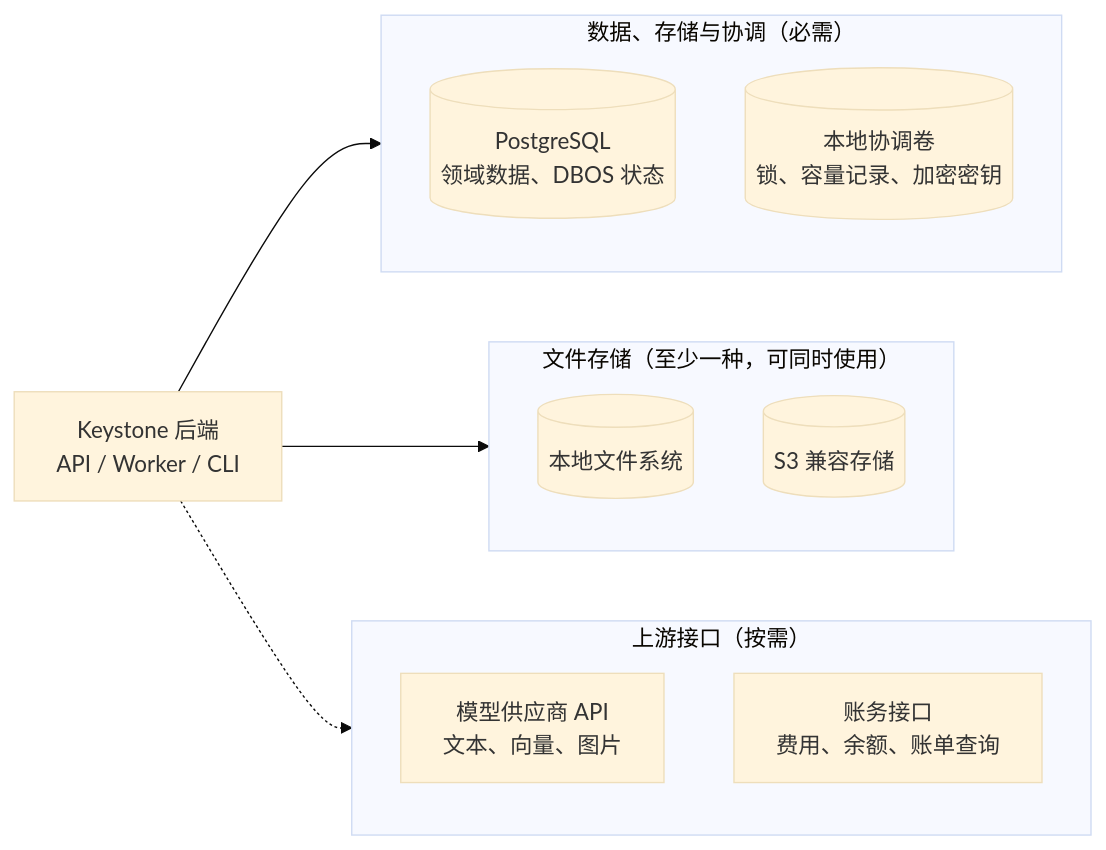
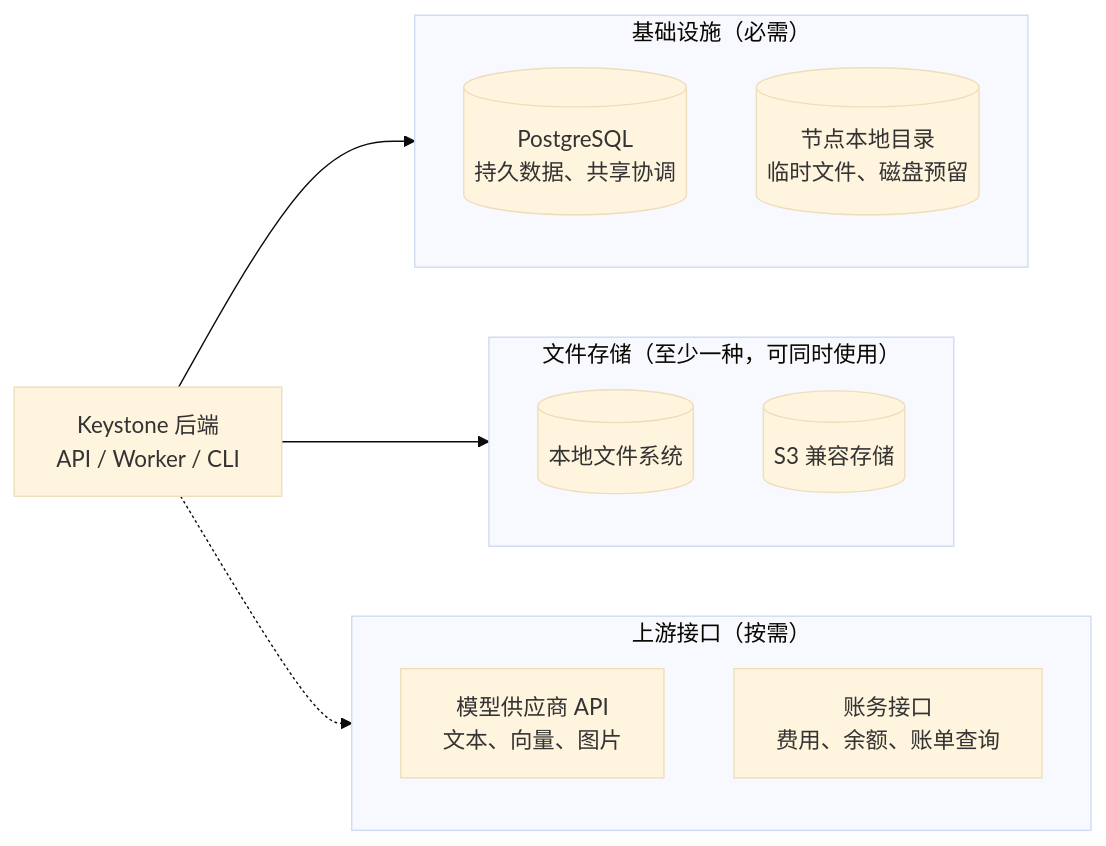
One commit to pfjhyyj/keystone changed the fourth of 4 diagrams in docs/architecture.md. Above: the diagram before and after it, drawn with Mermaid (base theme). The commit also changed other lines of this file and 61 other files, not shown here.

Commit message:
feat: coordinate Keystone deployments through PostgreSQL

````diff
--- a/docs/architecture.md
+++ b/docs/architecture.md
@@ -89,23 +87,23 @@
 ```mermaid
 flowchart LR
   backend["Keystone 后端<br/>API / Worker / CLI"]
 
-  subgraph required["数据、存储与协调（必需）"]
-    pg[("PostgreSQL<br/>领域数据、DBOS 状态")]
-    vol[("本地协调卷<br/>锁、容量记录、加密密钥")]
+  subgraph required["基础设施（必需）"]
+    pg[("PostgreSQL<br/>持久数据、共享协调")]
+    scratch[("节点本地目录<br/>临时文件、磁盘预留")]
   end
 
   subgraph storage["文件存储（至少一种，可同时使用）"]
     local[("本地文件系统")]
     s3[("S3 兼容存储")]
   end
 
   subgraph upstream["上游接口（按需）"]
     llm["模型供应商 API<br/>文本、向量、图片"]
     bill["账务接口<br/>费用、余额、账单查询"]
   end
 
   backend --> required
   backend --> storage
   backend -.-> upstream
 ```
````
